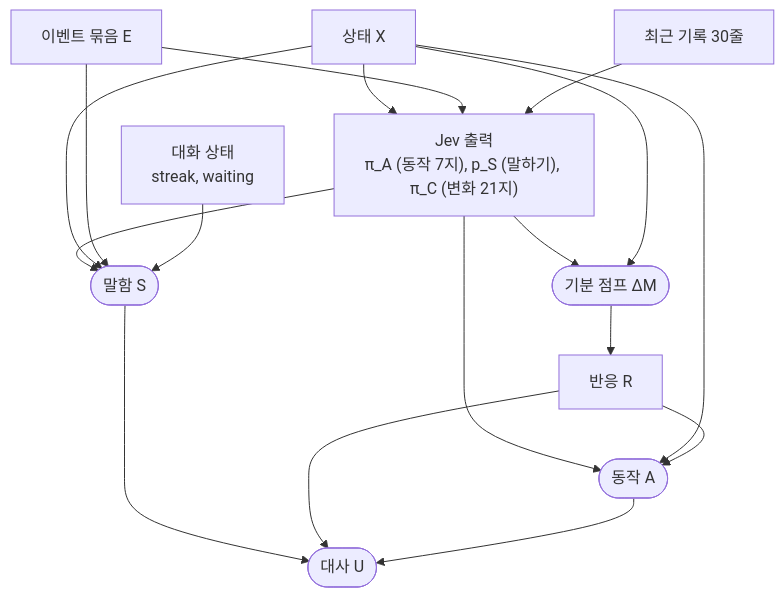
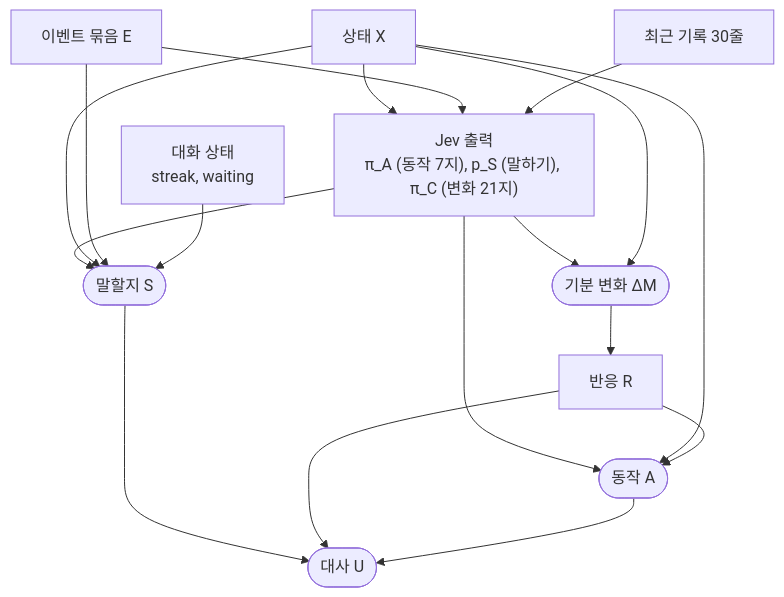
Before and after one commit to HEOSEONGILml/AssistantChatBot: the fifth of 10 diagrams in ARCHITECTURE.md, drawn with Mermaid. The commit also changed other lines of this file and 13 other files, not shown here.

````diff
--- a/ARCHITECTURE.md
+++ b/ARCHITECTURE.md
@@ -198,29 +199,29 @@
 ```mermaid
 flowchart TB
   X["상태 X"]
   E["이벤트 묶음 E"]
   HIST["최근 기록 30줄"]
   C["대화 상태<br>streak, waiting"]
   PI["Jev 출력<br>π_A (동작 7지), p_S (말하기), π_C (변화 21지)"]
-  DM(["기분 점프 ΔM"])
+  DM(["기분 변화 ΔM"])
   R["반응 R"]
   A(["동작 A"])
-  S(["말함 S"])
+  S(["말할지 S"])
   U(["대사 U"])
   X --> PI
   E --> PI
   HIST --> PI
   PI --> DM
   X --> DM
   DM --> R
   PI --> A
   X --> A
   R --> A
   PI --> S
   X --> S
   E --> S
   C --> S
   S --> U
   R --> U
   A --> U
 ```
````
